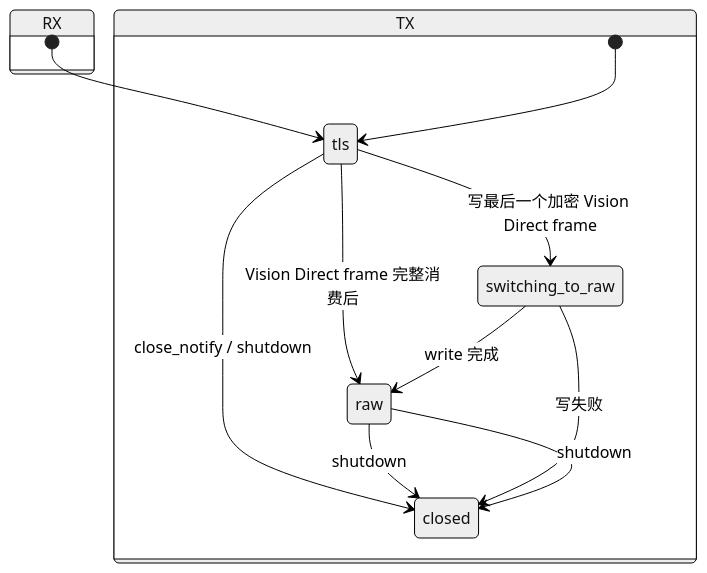
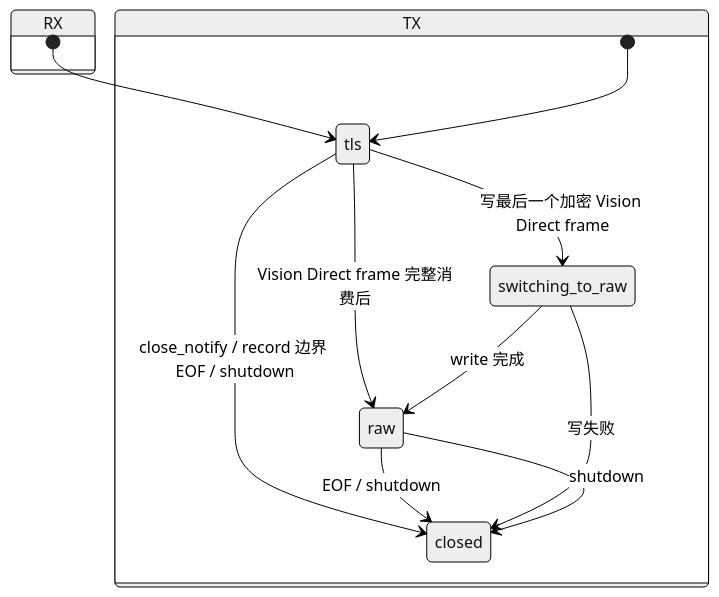
The second of 2 diagrams in docs/ARCHITECTURE.md (gyl30/reality_vision), drawn with Mermaid (neutral theme) before and after one commit. The commit also changed 2 other files, not shown here.

Commit message:
将 TLS record 边界的 EOF 视为正常关闭
Xray 在 Vision 上行进入 Direct 后会抑制外层 close_notify，下行仍处于
TLS record mode 时只收到 TCP FIN。与 Go crypto/tls 保持一致，record
边界上的 EOF 按对端关闭处理，record 内截断仍报错。

````diff
--- a/docs/ARCHITECTURE.md
+++ b/docs/ARCHITECTURE.md
@@ -98,16 +98,16 @@
 ```mermaid
 stateDiagram-v2
     state RX {
         [*] --> tls
         tls --> raw: Vision Direct frame 完整消费后
-        tls --> closed: close_notify / shutdown
-        raw --> closed: shutdown
+        tls --> closed: close_notify / record 边界 EOF / shutdown
+        raw --> closed: EOF / shutdown
     }
     state TX {
         [*] --> tls
         tls --> switching_to_raw: 写最后一个加密 Vision Direct frame
         switching_to_raw --> raw: write 完成
         switching_to_raw --> closed: 写失败
         raw --> closed: shutdown
     }
 ```
````
